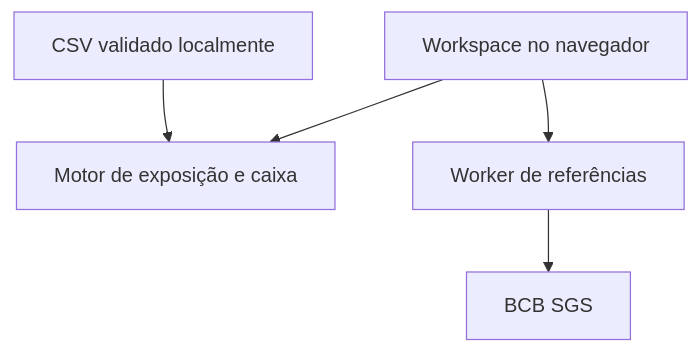
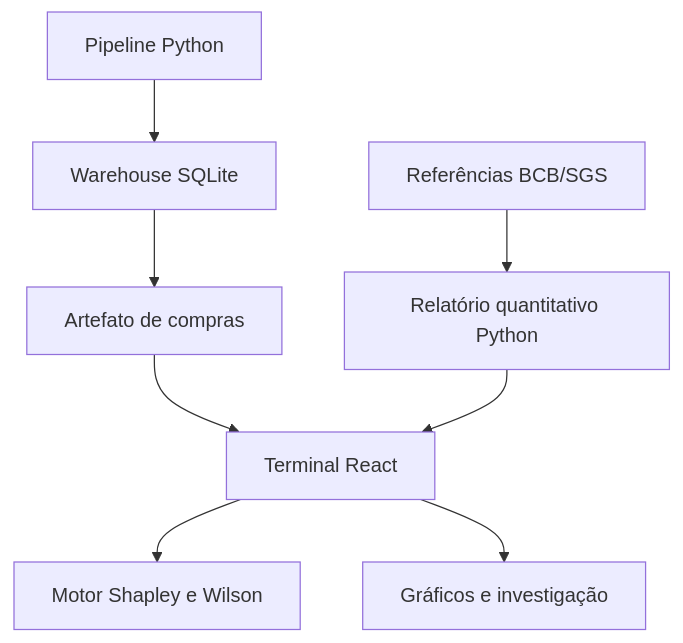
The diagram in README.md (Erivan011/RiskLab), drawn with Mermaid before and after one commit. The commit also changed other lines of this file and 1 other file, not shown here.

Commit message:
Document approved React terminal, analysis methods and reproducible setup [skip render]

````diff
--- a/README.md
+++ b/README.md
@@ -35,7 +53,10 @@
 ```mermaid
 flowchart TD
-  UI[Workspace no navegador] --> Domain[Motor de exposição e caixa]
-  CSV[CSV validado localmente] --> Domain
-  UI --> API[Worker de referências]
-  API --> BCB[BCB SGS]
+  P[Pipeline Python] --> S[Warehouse SQLite]
+  S --> J[Artefato de compras]
+  B[Referências BCB/SGS] --> Q[Relatório quantitativo Python]
+  J --> R[Terminal React]
+  Q --> R
+  R --> M[Motor Shapley e Wilson]
+  R --> V[Gráficos e investigação]
 ```
````
